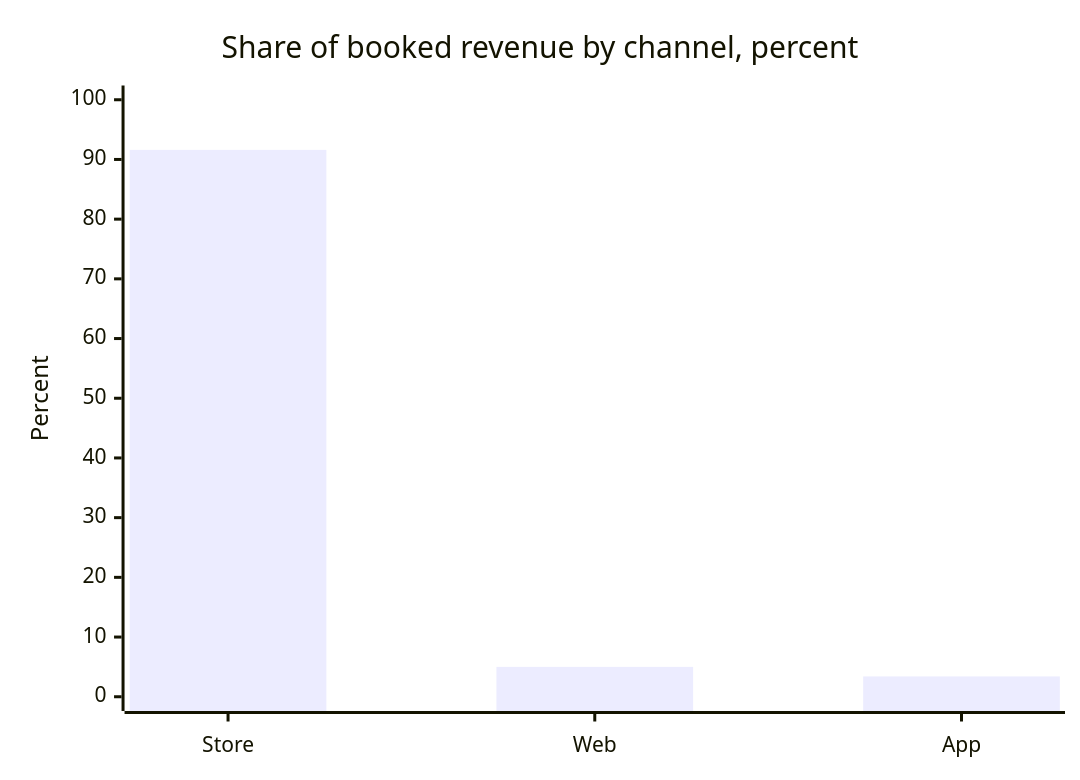
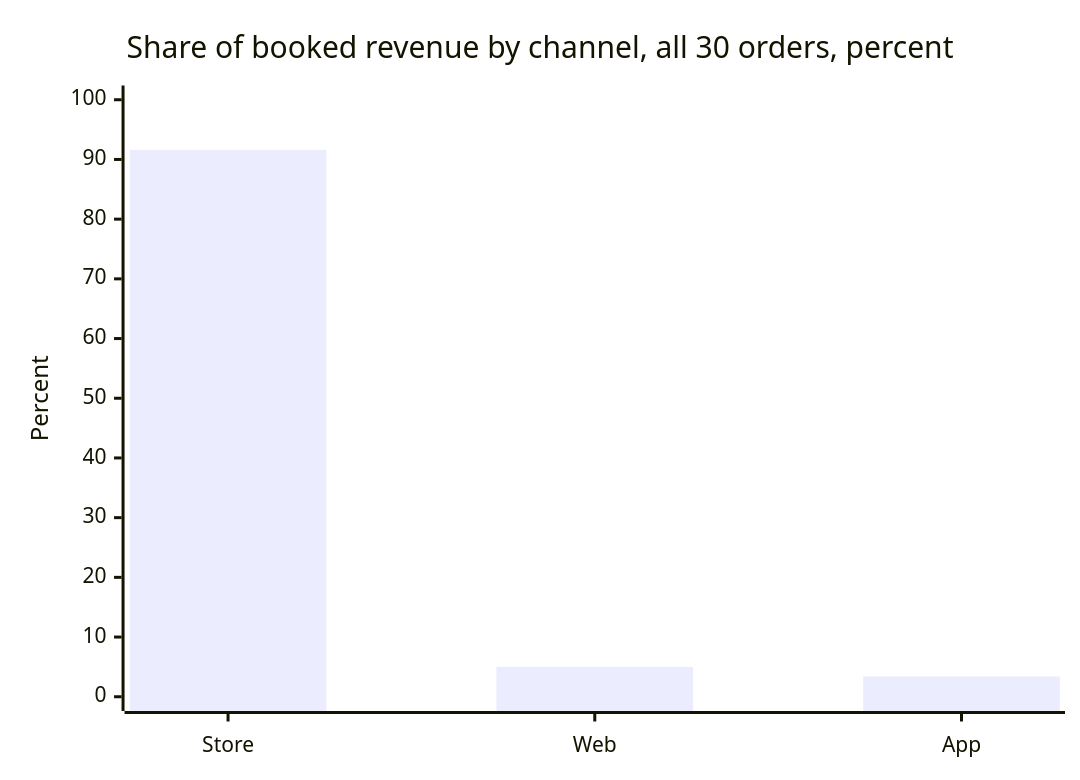
Before and after one commit to fde-academy-lab/c2-content-factory: diagram 15 of 20 in content/W01/D1/slides/C2_W01_D01_half2_STUDENT.md, drawn with Mermaid. The commit also changed other lines of this file and 22 other files, not shown here.

````diff
--- a/content/W01/D1/slides/C2_W01_D01_half2_STUDENT.md
+++ b/content/W01/D1/slides/C2_W01_D01_half2_STUDENT.md
@@ -540,7 +902,7 @@
 ```mermaid
 xychart-beta
-    title "Share of booked revenue by channel, percent"
+    title "Share of booked revenue by channel, all 30 orders, percent"
     x-axis ["Store", "Web", "App"]
     y-axis "Percent" 0 --> 100
     bar [91.6, 5.0, 3.4]
 ```
````
